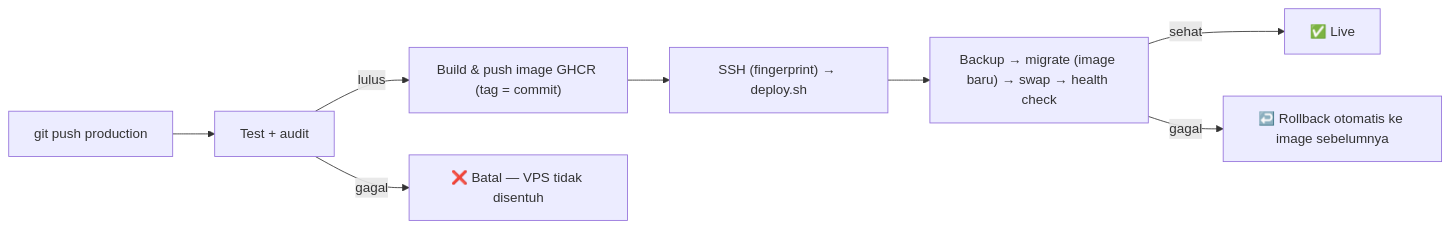
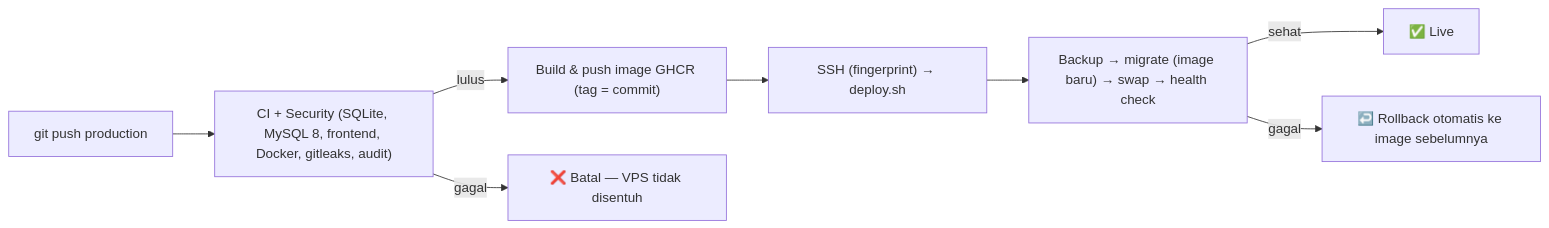
One commit to walhijabarhub/WalhiJBRWeb changed the diagram in DEPLOYMENT.md. Above: the diagram before and after it, drawn with Mermaid. The commit also changed other lines of this file and 4 other files, not shown here.

````diff
--- a/DEPLOYMENT.md
+++ b/DEPLOYMENT.md
@@ -253,10 +262,10 @@
 ```mermaid
 flowchart LR
-    A["git push production"] --> B["Test + audit"]
+    A["git push production"] --> B["CI + Security (SQLite, MySQL 8, frontend, Docker, gitleaks, audit)"]
     B -->|lulus| C["Build & push image GHCR (tag = commit)"]
     B -->|gagal| X["❌ Batal — VPS tidak disentuh"]
     C --> D["SSH (fingerprint) → deploy.sh"]
     D --> E["Backup → migrate (image baru) → swap → health check"]
     E -->|sehat| F["✅ Live"]
     E -->|gagal| G["↩️ Rollback otomatis ke image sebelumnya"]
 ```
````
